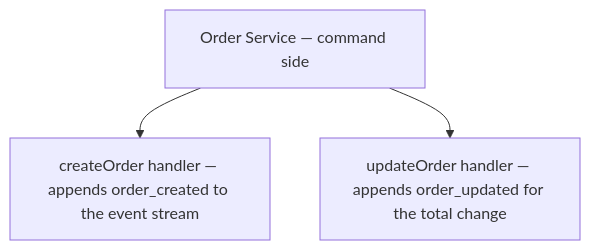
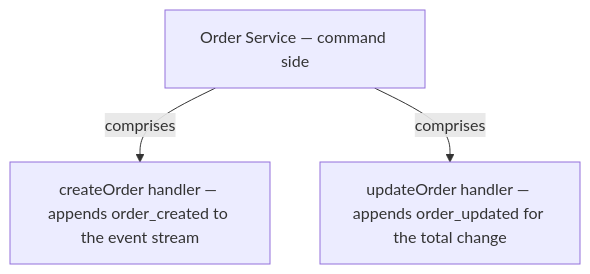
One commit to vinayakuber/microservices-io-study-guide changed the fifth of 13 diagrams in docs/ch22-cqrs.md. Above: the diagram before and after it, drawn with Mermaid. The commit also changed other lines of this file and 71 other files, not shown here.

First line of the commit message:
R18: label every diagram arrow with its meaning

````diff
--- a/docs/ch22-cqrs.md
+++ b/docs/ch22-cqrs.md
@@ -221,6 +221,6 @@
 ```mermaid
 flowchart TD
   R["Order Service — command side"]
-  R --> P0["createOrder handler — appends order_created to the event stream"]
-  R --> P1["updateOrder handler — appends order_updated for the total change"]
+  R -->|"comprises"| P0["createOrder handler — appends order_created to the event stream"]
+  R -->|"comprises"| P1["updateOrder handler — appends order_updated for the total change"]
 ```
````
